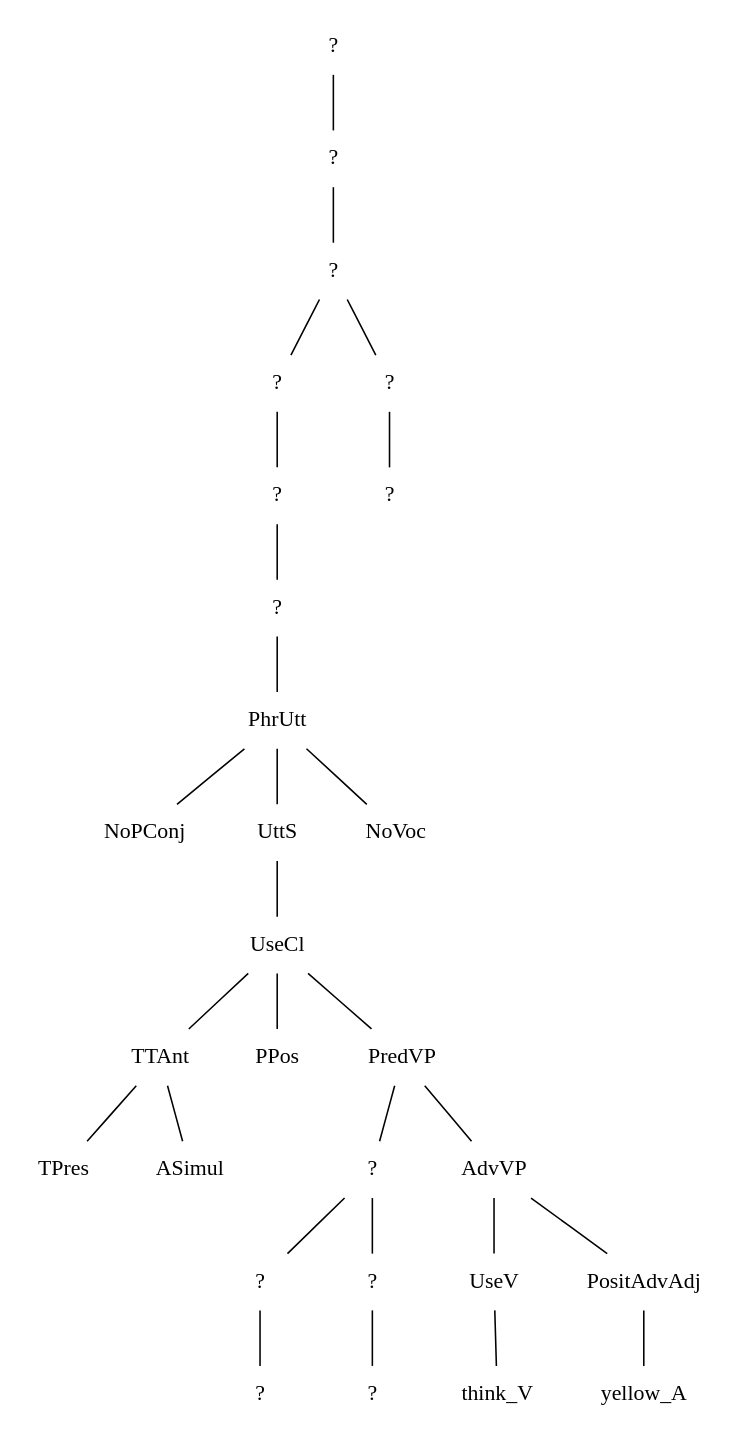
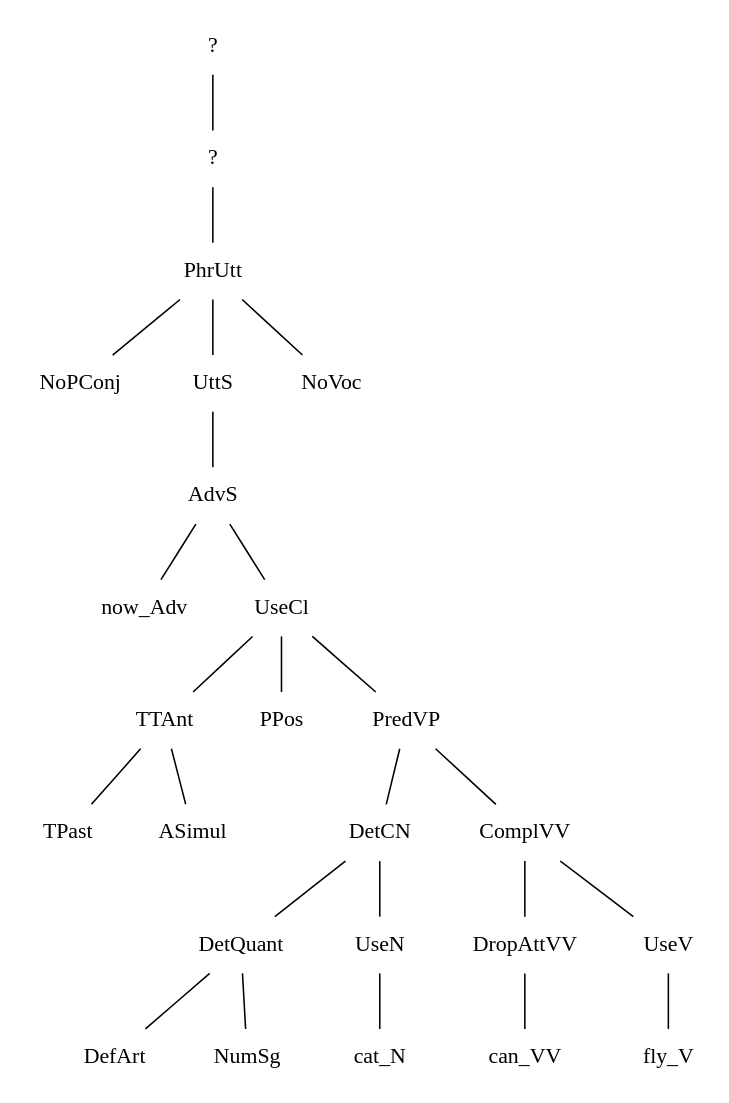
The diagram in mapping/tmp_tree.dot (MalinAhlberg/SwedishProject), drawn with Graphviz before and after one commit. The commit also changed 8 other files, not shown here.

```diff
--- a/mapping/tmp_tree.dot
+++ b/mapping/tmp_tree.dot
@@ -1,57 +1,51 @@
 graph {
 n0[label = "?", style = "solid", shape = "plaintext"] ;
 n0_0[label = "?", style = "solid", shape = "plaintext"] ;
 n0 -- n0_0 [style = "solid"];
-n0_0_0[label = "?", style = "solid", shape = "plaintext"] ;
+n0_0_0[label = "PhrUtt", style = "solid", shape = "plaintext"] ;
 n0_0 -- n0_0_0 [style = "solid"];
-n0_0_0_0[label = "?", style = "solid", shape = "plaintext"] ;
+n0_0_0_0[label = "NoPConj", style = "solid", shape = "plaintext"] ;
 n0_0_0 -- n0_0_0_0 [style = "solid"];
-n0_0_0_0_0[label = "?", style = "solid", shape = "plaintext"] ;
-n0_0_0_0 -- n0_0_0_0_0 [style = "solid"];
-n0_0_0_0_0_0[label = "?", style = "solid", shape = "plaintext"] ;
-n0_0_0_0_0 -- n0_0_0_0_0_0 [style = "solid"];
-n0_0_0_0_0_0_0[label = "PhrUtt", style = "solid", shape = "plaintext"] ;
-n0_0_0_0_0_0 -- n0_0_0_0_0_0_0 [style = "solid"];
-n0_0_0_0_0_0_0_0[label = "NoPConj", style = "solid", shape = "plaintext"] ;
-n0_0_0_0_0_0_0 -- n0_0_0_0_0_0_0_0 [style = "solid"];
-n1_0_0_0_0_0_0_0[label = "UttS", style = "solid", shape = "plaintext"] ;
-n0_0_0_0_0_0_0 -- n1_0_0_0_0_0_0_0 [style = "solid"];
-n0_1_0_0_0_0_0_0_0[label = "UseCl", style = "solid", shape = "plaintext"] ;
-n1_0_0_0_0_0_0_0 -- n0_1_0_0_0_0_0_0_0 [style = "solid"];
-n0_0_1_0_0_0_0_0_0_0[label = "TTAnt", style = "solid", shape = "plaintext"] ;
-n0_1_0_0_0_0_0_0_0 -- n0_0_1_0_0_0_0_0_0_0 [style = "solid"];
-n0_0_0_1_0_0_0_0_0_0_0[label = "TPres", style = "solid", shape = "plaintext"] ;
-n0_0_1_0_0_0_0_0_0_0 -- n0_0_0_1_0_0_0_0_0_0_0 [style = "solid"];
-n1_0_0_1_0_0_0_0_0_0_0[label = "ASimul", style = "solid", shape = "plaintext"] ;
-n0_0_1_0_0_0_0_0_0_0 -- n1_0_0_1_0_0_0_0_0_0_0 [style = "solid"];
-n1_0_1_0_0_0_0_0_0_0[label = "PPos", style = "solid", shape = "plaintext"] ;
-n0_1_0_0_0_0_0_0_0 -- n1_0_1_0_0_0_0_0_0_0 [style = "solid"];
-n2_0_1_0_0_0_0_0_0_0[label = "PredVP", style = "solid", shape = "plaintext"] ;
-n0_1_0_0_0_0_0_0_0 -- n2_0_1_0_0_0_0_0_0_0 [style = "solid"];
-n0_2_0_1_0_0_0_0_0_0_0[label = "?", style = "solid", shape = "plaintext"] ;
-n2_0_1_0_0_0_0_0_0_0 -- n0_2_0_1_0_0_0_0_0_0_0 [style = "solid"];
-n0_0_2_0_1_0_0_0_0_0_0_0[label = "?", style = "solid", shape = "plaintext"] ;
-n0_2_0_1_0_0_0_0_0_0_0 -- n0_0_2_0_1_0_0_0_0_0_0_0 [style = "solid"];
-n0_0_0_2_0_1_0_0_0_0_0_0_0[label = "?", style = "solid", shape = "plaintext"] ;
-n0_0_2_0_1_0_0_0_0_0_0_0 -- n0_0_0_2_0_1_0_0_0_0_0_0_0 [style = "solid"];
-n1_0_2_0_1_0_0_0_0_0_0_0[label = "?", style = "solid", shape = "plaintext"] ;
-n0_2_0_1_0_0_0_0_0_0_0 -- n1_0_2_0_1_0_0_0_0_0_0_0 [style = "solid"];
-n0_1_0_2_0_1_0_0_0_0_0_0_0[label = "?", style = "solid", shape = "plaintext"] ;
-n1_0_2_0_1_0_0_0_0_0_0_0 -- n0_1_0_2_0_1_0_0_0_0_0_0_0 [style = "solid"];
-n1_2_0_1_0_0_0_0_0_0_0[label = "AdvVP", style = "solid", shape = "plaintext"] ;
-n2_0_1_0_0_0_0_0_0_0 -- n1_2_0_1_0_0_0_0_0_0_0 [style = "solid"];
-n0_1_2_0_1_0_0_0_0_0_0_0[label = "UseV", style = "solid", shape = "plaintext"] ;
-n1_2_0_1_0_0_0_0_0_0_0 -- n0_1_2_0_1_0_0_0_0_0_0_0 [style = "solid"];
-n0_0_1_2_0_1_0_0_0_0_0_0_0[label = "think_V", style = "solid", shape = "plaintext"] ;
-n0_1_2_0_1_0_0_0_0_0_0_0 -- n0_0_1_2_0_1_0_0_0_0_0_0_0 [style = "solid"];
-n1_1_2_0_1_0_0_0_0_0_0_0[label = "PositAdvAdj", style = "solid", shape = "plaintext"] ;
-n1_2_0_1_0_0_0_0_0_0_0 -- n1_1_2_0_1_0_0_0_0_0_0_0 [style = "solid"];
-n0_1_1_2_0_1_0_0_0_0_0_0_0[label = "yellow_A", style = "solid", shape = "plaintext"] ;
-n1_1_2_0_1_0_0_0_0_0_0_0 -- n0_1_1_2_0_1_0_0_0_0_0_0_0 [style = "solid"];
-n2_0_0_0_0_0_0_0[label = "NoVoc", style = "solid", shape = "plaintext"] ;
-n0_0_0_0_0_0_0 -- n2_0_0_0_0_0_0_0 [style = "solid"];
-n1_0_0_0[label = "?", style = "solid", shape = "plaintext"] ;
+n1_0_0_0[label = "UttS", style = "solid", shape = "plaintext"] ;
 n0_0_0 -- n1_0_0_0 [style = "solid"];
-n0_1_0_0_0[label = "?", style = "solid", shape = "plaintext"] ;
+n0_1_0_0_0[label = "AdvS", style = "solid", shape = "plaintext"] ;
 n1_0_0_0 -- n0_1_0_0_0 [style = "solid"];
+n0_0_1_0_0_0[label = "now_Adv", style = "solid", shape = "plaintext"] ;
+n0_1_0_0_0 -- n0_0_1_0_0_0 [style = "solid"];
+n1_0_1_0_0_0[label = "UseCl", style = "solid", shape = "plaintext"] ;
+n0_1_0_0_0 -- n1_0_1_0_0_0 [style = "solid"];
+n0_1_0_1_0_0_0[label = "TTAnt", style = "solid", shape = "plaintext"] ;
+n1_0_1_0_0_0 -- n0_1_0_1_0_0_0 [style = "solid"];
+n0_0_1_0_1_0_0_0[label = "TPast", style = "solid", shape = "plaintext"] ;
+n0_1_0_1_0_0_0 -- n0_0_1_0_1_0_0_0 [style = "solid"];
+n1_0_1_0_1_0_0_0[label = "ASimul", style = "solid", shape = "plaintext"] ;
+n0_1_0_1_0_0_0 -- n1_0_1_0_1_0_0_0 [style = "solid"];
+n1_1_0_1_0_0_0[label = "PPos", style = "solid", shape = "plaintext"] ;
+n1_0_1_0_0_0 -- n1_1_0_1_0_0_0 [style = "solid"];
+n2_1_0_1_0_0_0[label = "PredVP", style = "solid", shape = "plaintext"] ;
+n1_0_1_0_0_0 -- n2_1_0_1_0_0_0 [style = "solid"];
+n0_2_1_0_1_0_0_0[label = "DetCN", style = "solid", shape = "plaintext"] ;
+n2_1_0_1_0_0_0 -- n0_2_1_0_1_0_0_0 [style = "solid"];
+n0_0_2_1_0_1_0_0_0[label = "DetQuant", style = "solid", shape = "plaintext"] ;
+n0_2_1_0_1_0_0_0 -- n0_0_2_1_0_1_0_0_0 [style = "solid"];
+n0_0_0_2_1_0_1_0_0_0[label = "DefArt", style = "solid", shape = "plaintext"] ;
+n0_0_2_1_0_1_0_0_0 -- n0_0_0_2_1_0_1_0_0_0 [style = "solid"];
+n1_0_0_2_1_0_1_0_0_0[label = "NumSg", style = "solid", shape = "plaintext"] ;
+n0_0_2_1_0_1_0_0_0 -- n1_0_0_2_1_0_1_0_0_0 [style = "solid"];
+n1_0_2_1_0_1_0_0_0[label = "UseN", style = "solid", shape = "plaintext"] ;
+n0_2_1_0_1_0_0_0 -- n1_0_2_1_0_1_0_0_0 [style = "solid"];
+n0_1_0_2_1_0_1_0_0_0[label = "cat_N", style = "solid", shape = "plaintext"] ;
+n1_0_2_1_0_1_0_0_0 -- n0_1_0_2_1_0_1_0_0_0 [style = "solid"];
+n1_2_1_0_1_0_0_0[label = "ComplVV", style = "solid", shape = "plaintext"] ;
+n2_1_0_1_0_0_0 -- n1_2_1_0_1_0_0_0 [style = "solid"];
+n0_1_2_1_0_1_0_0_0[label = "DropAttVV", style = "solid", shape = "plaintext"] ;
+n1_2_1_0_1_0_0_0 -- n0_1_2_1_0_1_0_0_0 [style = "solid"];
+n0_0_1_2_1_0_1_0_0_0[label = "can_VV", style = "solid", shape = "plaintext"] ;
+n0_1_2_1_0_1_0_0_0 -- n0_0_1_2_1_0_1_0_0_0 [style = "solid"];
+n1_1_2_1_0_1_0_0_0[label = "UseV", style = "solid", shape = "plaintext"] ;
+n1_2_1_0_1_0_0_0 -- n1_1_2_1_0_1_0_0_0 [style = "solid"];
+n0_1_1_2_1_0_1_0_0_0[label = "fly_V", style = "solid", shape = "plaintext"] ;
+n1_1_2_1_0_1_0_0_0 -- n0_1_1_2_1_0_1_0_0_0 [style = "solid"];
+n2_0_0_0[label = "NoVoc", style = "solid", shape = "plaintext"] ;
+n0_0_0 -- n2_0_0_0 [style = "solid"];
 }
```
